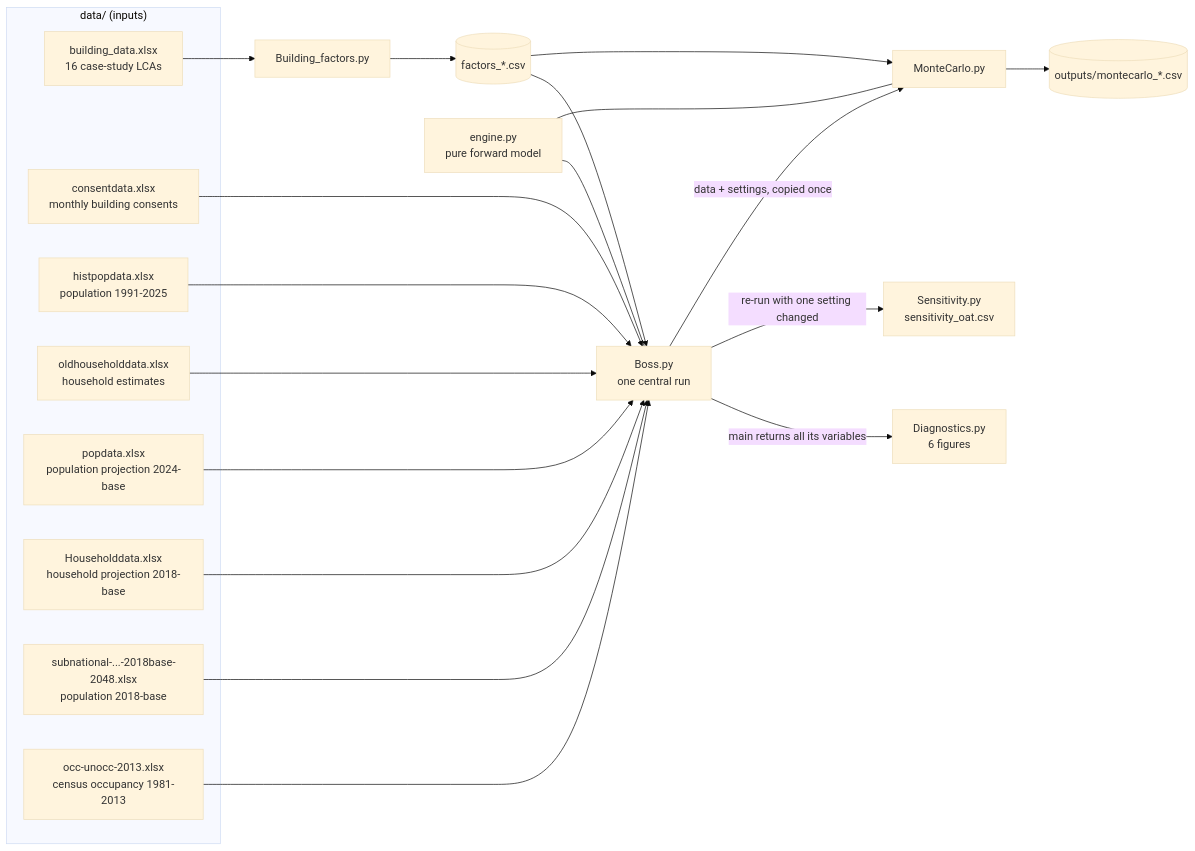
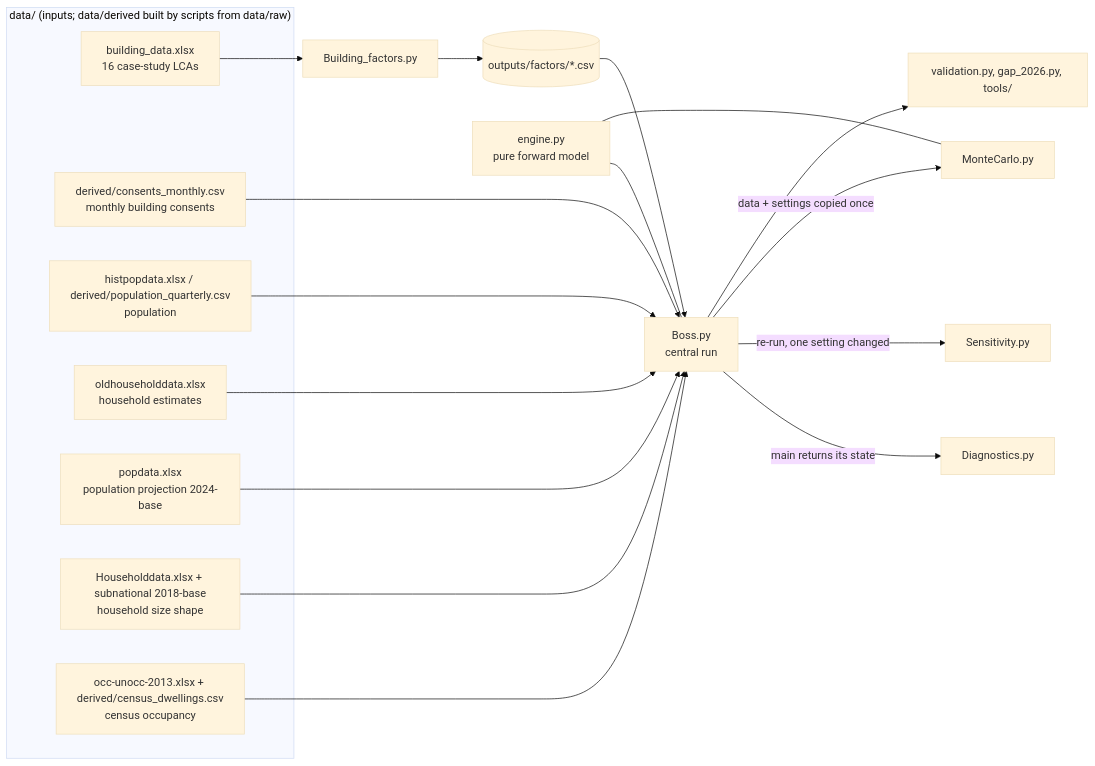
Before and after one commit to GerasimosChristoforatos/Pathway-Paper: the diagram in ARCHITECTURE.md, drawn with Mermaid (base theme). The commit also changed other lines of this file and 5 other files, not shown here.

First line of the commit message:
v2 A: rewrite README (Running in Spyder), ARCHITECTURE.md and a short CHANGELOG

````diff
--- a/ARCHITECTURE.md
+++ b/ARCHITECTURE.md
@@ -36,24 +30,22 @@
 ```mermaid
 flowchart LR
-    subgraph inputs["data/ (inputs)"]
+    subgraph inputs["data/ (inputs; data/derived built by scripts from data/raw)"]
         BD[building_data.xlsx<br/>16 case-study LCAs]
-        CD[consentdata.xlsx<br/>monthly building consents]
-        HP[histpopdata.xlsx<br/>population 1991-2025]
+        CM[derived/consents_monthly.csv<br/>monthly building consents]
+        HP[histpopdata.xlsx / derived/population_quarterly.csv<br/>population]
         OH[oldhouseholddata.xlsx<br/>household estimates]
         PP[popdata.xlsx<br/>population projection 2024-base]
-        HH[Householddata.xlsx<br/>household projection 2018-base]
-        SP[subnational-...-2018base-2048.xlsx<br/>population 2018-base]
-        CE[occ-unocc-2013.xlsx<br/>census occupancy 1981-2013]
+        HH[Householddata.xlsx + subnational 2018-base<br/>household size shape]
+        CE[occ-unocc-2013.xlsx + derived/census_dwellings.csv<br/>census occupancy]
     end
-    BF[Building_factors.py] --> F[(factors_*.csv)]
+    BF[Building_factors.py] --> F[(outputs/factors/*.csv)]
     BD --> BF
-    F --> BOSS[Boss.py<br/>one central run]
+    F --> BOSS[Boss.py<br/>central run]
     ENG[engine.py<br/>pure forward model] --- BOSS
     ENG --- MC
-    CD & HP & OH & PP & HH & SP & CE --> BOSS
-    BOSS -->|main returns all its variables| DIAG[Diagnostics.py<br/>6 figures]
-    BOSS -->|re-run with one setting changed| SENS[Sensitivity.py<br/>sensitivity_oat.csv]
-    BOSS -->|data + settings, copied once| MC[MonteCarlo.py]
-    F --> MC
-    MC --> MCO[(outputs/montecarlo_*.csv)]
+    CM & HP & OH & PP & HH & CE --> BOSS
+    BOSS -->|main returns its state| DIAG[Diagnostics.py]
+    BOSS -->|re-run, one setting changed| SENS[Sensitivity.py]
+    BOSS -->|data + settings copied once| MC[MonteCarlo.py]
+    BOSS --> VAL[validation.py, gap_2026.py, tools/]
 ```
````
